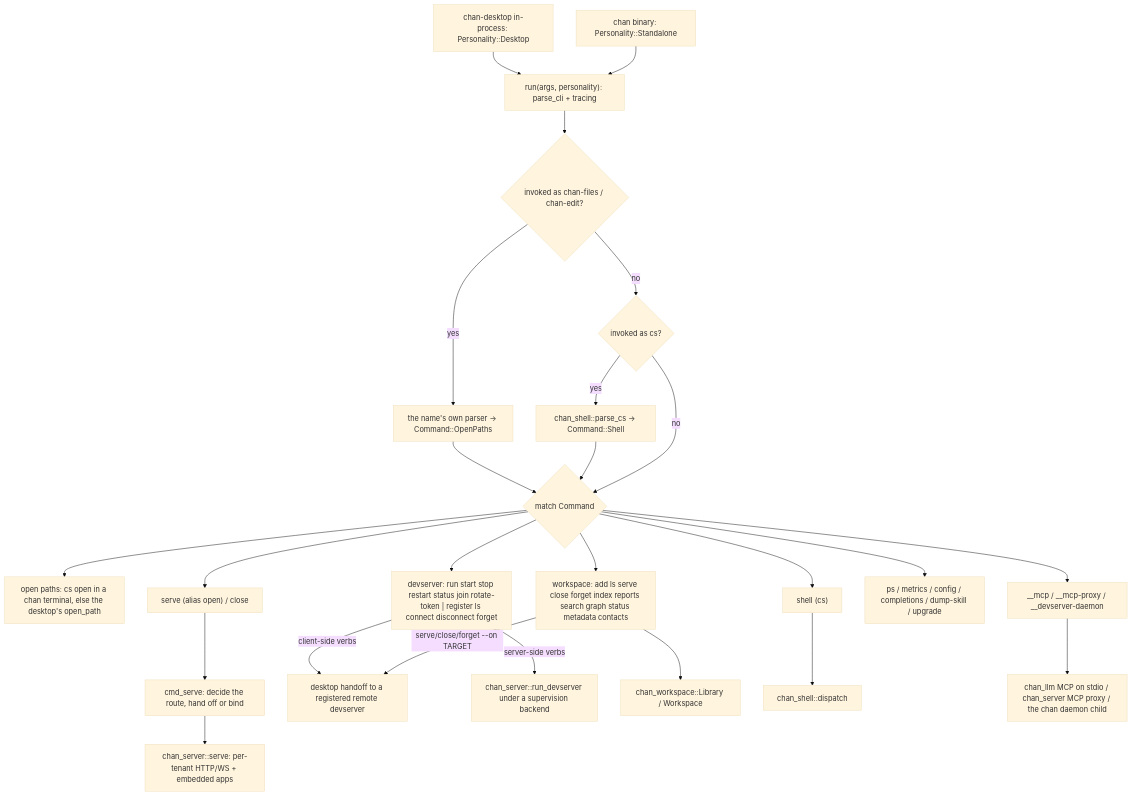
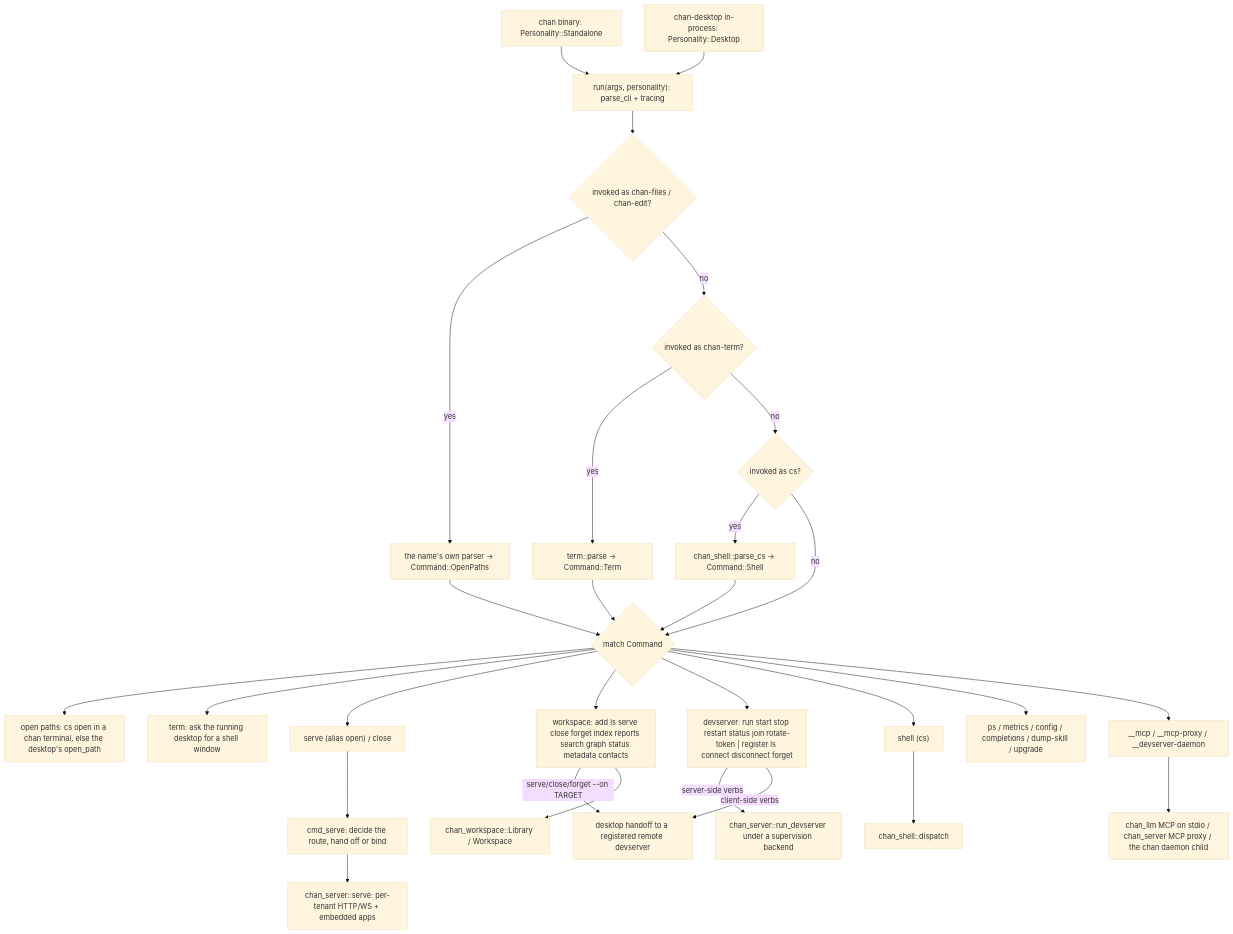
Before and after one commit to fiorix/chan: the first of 3 diagrams in crates/chan/design.md, drawn with Mermaid (base theme). The commit also changed other lines of this file and 6 other files, not shown here.

````diff
--- a/crates/chan/design.md
+++ b/crates/chan/design.md
@@ -28,27 +28,31 @@
 ```mermaid
 flowchart TB
   Standalone["chan binary: Personality::Standalone"] --> Run
   Desktop["chan-desktop in-process: Personality::Desktop"] --> Run
   Run["run(args, personality): parse_cli + tracing"] --> Opener{"invoked as chan-files / chan-edit?"}
   Opener -->|"yes"| Open["the name's own parser -> Command::OpenPaths"]
-  Opener -->|"no"| Alias{"invoked as cs?"}
+  Opener -->|"no"| Term{"invoked as chan-term?"}
+  Term -->|"yes"| TermParse["term::parse -> Command::Term"]
+  Term -->|"no"| Alias{"invoked as cs?"}
   Alias -->|"yes"| Cs["chan_shell::parse_cs -> Command::Shell"]
   Alias -->|"no"| Dispatch{"match Command"}
   Cs --> Dispatch
   Open --> Dispatch
+  TermParse --> Dispatch
   Dispatch --> OpenCmd["open paths: cs open in a chan terminal, else the desktop's open_path"]
+  Dispatch --> TermCmd["term: ask the running desktop for a shell window"]
   Dispatch --> ServeCmd["serve (alias open) / close"]
   Dispatch --> Ws["workspace: add ls serve close forget index reports search graph status metadata contacts"]
   Dispatch --> Dev["devserver: run start stop restart status join rotate-token | register ls connect disconnect forget"]
   Dispatch --> Sh["shell (cs)"]
   Dispatch --> Other["ps / metrics / config / completions / dump-skill / upgrade"]
   Dispatch --> Hidden["__mcp / __mcp-proxy / __devserver-daemon"]
   ServeCmd --> Serve["cmd_serve: decide the route, hand off or bind"]
   Ws -->|"serve/close/forget --on TARGET"| Remote["desktop handoff to a registered remote devserver"]
   Serve --> CS["chan_server::serve: per-tenant HTTP/WS + embedded apps"]
   Dev -->|"server-side verbs"| RunDev["chan_server::run_devserver under a supervision backend"]
   Dev -->|"client-side verbs"| Remote
   Ws --> Lib["chan_workspace::Library / Workspace"]
   Sh --> ShDisp["chan_shell::dispatch"]
   Hidden --> Llm["chan_llm MCP on stdio / chan_server MCP proxy / the chan daemon child"]
 ```
````
